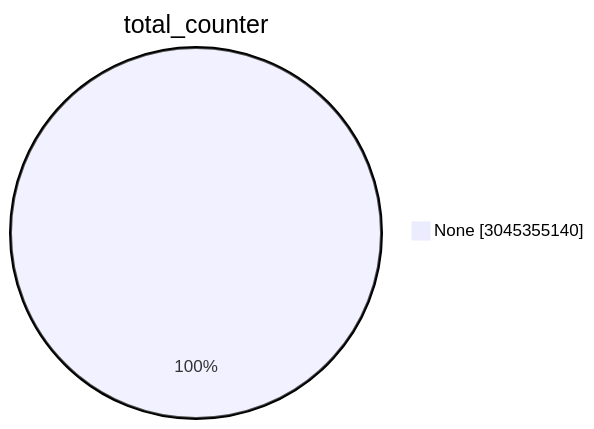
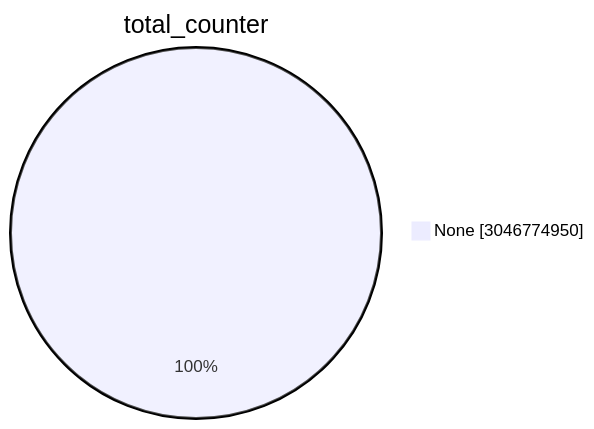
Before and after one commit to christiankrug/ctmonitor_visualization: the first of 15 diagrams in TOTAL/README.md, drawn with Mermaid. The commit also changed other lines of this file, not shown here.

````diff
--- a/TOTAL/README.md
+++ b/TOTAL/README.md
@@ -1,5 +1,5 @@
 ```mermaid
 pie showData
 title total_counter
-"None" :3045355140
+"None" :3046774950
 ```
````
